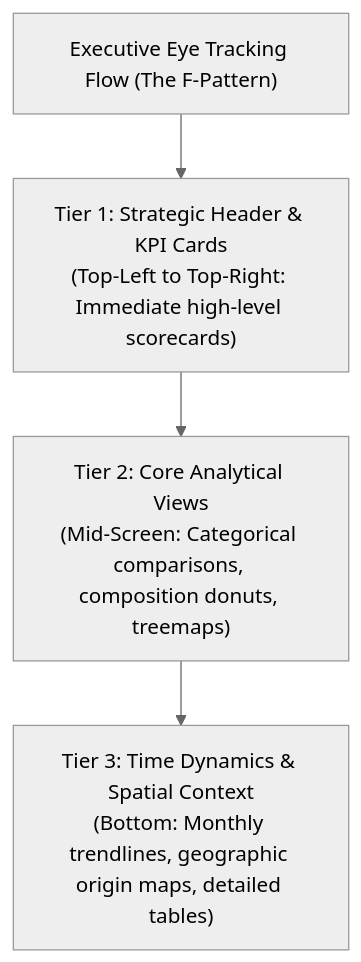
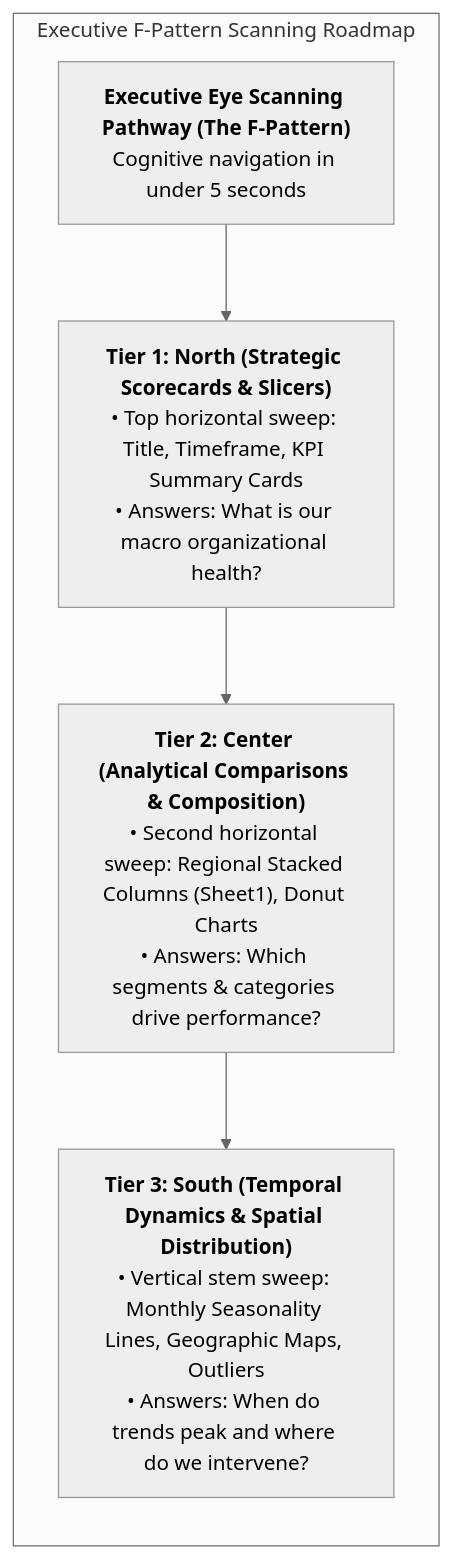
Before and after one commit to Sohila-Khaled-Abbas/COURSE-EXCEL-ZERO-TO-HERO: the first of 4 diagrams in 02_Notes/06_Data_Analysis_Charts/03_Dashboard_Visual_Hierarchy.md, drawn with Mermaid (neutral theme). The commit also changed other lines of this file and 5 other files, not shown here.

Commit message:
docs(module-06): ground all chart notes in Module_6_Demo.xlsx, add roadmap diagrams and Module 6 reference doc

````diff
--- a/02_Notes/06_Data_Analysis_Charts/03_Dashboard_Visual_Hierarchy.md
+++ b/02_Notes/06_Data_Analysis_Charts/03_Dashboard_Visual_Hierarchy.md
@@ -38,7 +38,13 @@
 ```mermaid
 flowchart TD
-    Eye["Executive Eye Tracking Flow (The F-Pattern)"]
-    Eye --> T1["Tier 1: Strategic Header & KPI Cards<br/>(Top-Left to Top-Right: Immediate high-level scorecards)"]
-    T1 --> T2["Tier 2: Core Analytical Views<br/>(Mid-Screen: Categorical comparisons, composition donuts, treemaps)"]
-    T2 --> T3["Tier 3: Time Dynamics & Spatial Context<br/>(Bottom: Monthly trendlines, geographic origin maps, detailed tables)"]
+    subgraph FPatternRoadmap ["Executive F-Pattern Scanning Roadmap"]
+        direction TB
+        Eye["<b>Executive Eye Scanning Pathway (The F-Pattern)</b><br/>Cognitive navigation in under 5 seconds"]
+        
+        Eye --> T1["<b>Tier 1: North (Strategic Scorecards & Slicers)</b><br/>• Top horizontal sweep: Title, Timeframe, KPI Summary Cards<br/>• Answers: What is our macro organizational health?"]
+        
+        T1 --> T2["<b>Tier 2: Center (Analytical Comparisons & Composition)</b><br/>• Second horizontal sweep: Regional Stacked Columns (Sheet1), Donut Charts<br/>• Answers: Which segments & categories drive performance?"]
+        
+        T2 --> T3["<b>Tier 3: South (Temporal Dynamics & Spatial Distribution)</b><br/>• Vertical stem sweep: Monthly Seasonality Lines, Geographic Maps, Outliers<br/>• Answers: When do trends peak and where do we intervene?"]
+    end
 ```
````
